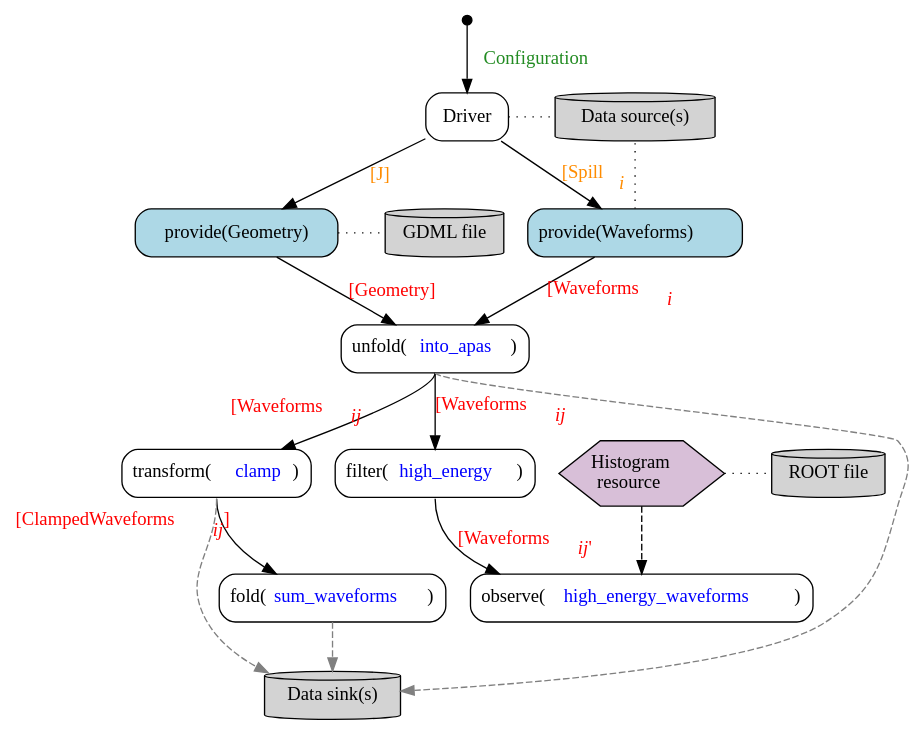
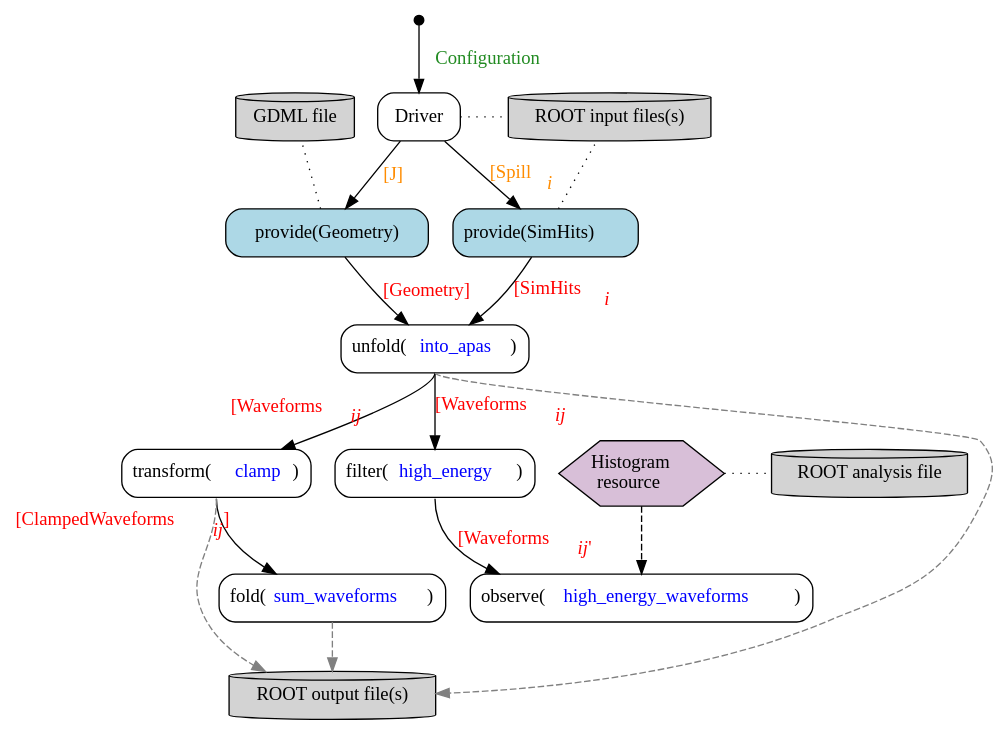
The diagram in doc/graphviz/work-flow.gv (Framework-R-D/phlex-design), drawn with Graphviz before and after one commit.

Commit message:
Start updating diagrams

```diff
--- a/doc/graphviz/work-flow.gv
+++ b/doc/graphviz/work-flow.gv
@@ -1,65 +1,65 @@
 digraph {
   node [shape="box", style="rounded"]
   edge [fontcolor="red"];
 
   start [shape="point", width=0.1]
   unfold [label=<unfold(<font color="blue">into_apas</font>)>]
   transform [label=<transform(<font color="blue">clamp</font>)>]
   fold [label=<fold(<font color="blue">sum_waveforms</font>)>]
   filter [label=<filter(<font color="blue">high_energy</font>)>];
   observer [label=<observe(<font color="blue">high_energy_waveforms</font>)>];
-  out [label="Data sink(s)", shape="cylinder", style="filled", fillcolor="lightgray"]
+  out [label="ROOT output file(s)", shape="cylinder", style="filled", fillcolor="lightgray"]
 
   {
     rank=same;
     resource [label=<Histogram<br/> resource>,
               shape=hexagon,
               style=filled,
               fillcolor=thistle,
               margin=0];
-    root [label="ROOT file", style=filled, shape=cylinder];
+    root [label="ROOT analysis file", style=filled, shape=cylinder];
   }
 
   start -> driver [label=" Configuration", fontcolor="forestgreen"];
 
   {
     rank=same;
+    gdml [label="GDML file", shape="cylinder", style="filled", fillcolor="lightgray"]
     driver [label="Driver"];
-    input [label="Data source(s)", shape="cylinder", style="filled", fillcolor="lightgray"];
+    input [label="ROOT input files(s)", shape="cylinder", style="filled", fillcolor="lightgray"];
   }
 
   driver -> input [style="dotted", arrowhead=none];
 
   {
     rank=same;
-    waveforms_provider [label=<provide(Waveforms)>, style="filled,rounded" fillcolor="lightblue"];
     geometry [label="provide(Geometry)", style="filled,rounded", fillcolor="lightblue"];
-    gdml [label="GDML file", shape="cylinder", style="filled", fillcolor="lightgray"]
+    sim_hits_provider [label=<provide(SimHits)>, style="filled,rounded" fillcolor="lightblue"];
   }
 
   driver -> geometry [label=" [J]", fontcolor="darkorange"];
-  driver -> waveforms_provider [label=< [Spill<sub><i>i</i></sub>]>, fontcolor="darkorange"];
+  driver -> sim_hits_provider [label=< [Spill<sub><i>i</i></sub>]>, fontcolor="darkorange"];
 
   geometry -> gdml [style="dotted", arrowhead=none];
   resource -> root [style="dotted", arrowhead=none];
 
-  waveforms_provider -> input [style="dotted", arrowhead=none];
-  waveforms_provider -> unfold [label=< [Waveforms<sub><i>i</i></sub>]>];
+  sim_hits_provider -> input [style="dotted", arrowhead=none];
+  sim_hits_provider -> unfold [label=< [SimHits<sub><i>i</i></sub>]>];
   geometry -> unfold [label=< [Geometry]>];
 
   unfold:s -> transform [xlabel=< [Waveforms<sub><i>ij</i></sub>]>];
   transform:s -> fold [taillabel=<[ClampedWaveforms<sub><i>ij</i></sub>] >,
                        labelangle=-80,
                        labeldistance=7
                       ];
 
   unfold:s -> out [style="dashed", color="gray"];
   transform:s -> out [style="dashed", color="gray"];
 
 
   unfold:s -> filter [label=< [Waveforms<sub><i>ij</i></sub>]>];
   filter:s -> observer [label=< [Waveforms<sub><i>ij</i> '</sub>]>];
   resource -> observer [style="dashed"];
 
   fold:s -> out [style="dashed", color="gray"];
 }
```
